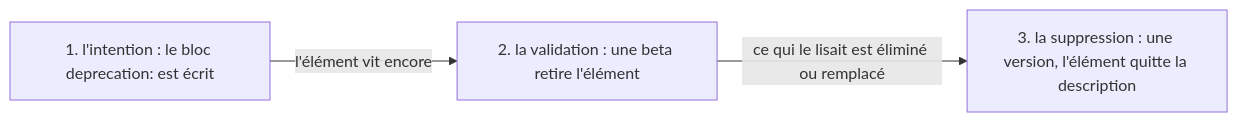
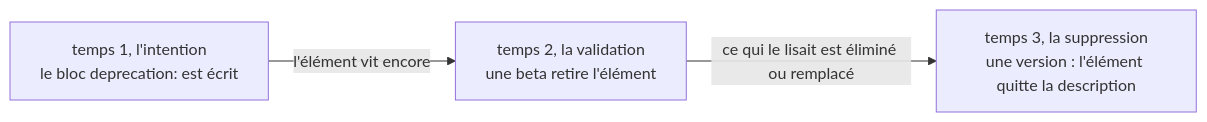
The diagram in docs/syncytium/08-migration/09-depreciation.md (AymericLesert/Syncytium), drawn with Mermaid before and after one commit. The commit also changed 9 other files, not shown here.

````diff
--- a/docs/syncytium/08-migration/09-depreciation.md
+++ b/docs/syncytium/08-migration/09-depreciation.md
@@ -206,9 +206,9 @@
 ```mermaid
 %%{init: {"flowchart": {"curve": "stepAfter"}}}%%
 flowchart LR
-    I["1. l'intention : le bloc deprecation: est écrit"]
-    V["2. la validation : une beta retire l'élément"]
-    S["3. la suppression : une version, l'élément quitte la description"]
+    I["temps 1, l'intention<br/>le bloc deprecation: est écrit"]
+    V["temps 2, la validation<br/>une beta retire l'élément"]
+    S["temps 3, la suppression<br/>une version : l'élément quitte la description"]
     I -- "l'élément vit encore" --> V
     V -- "ce qui le lisait est éliminé ou remplacé" --> S
 ```
````
